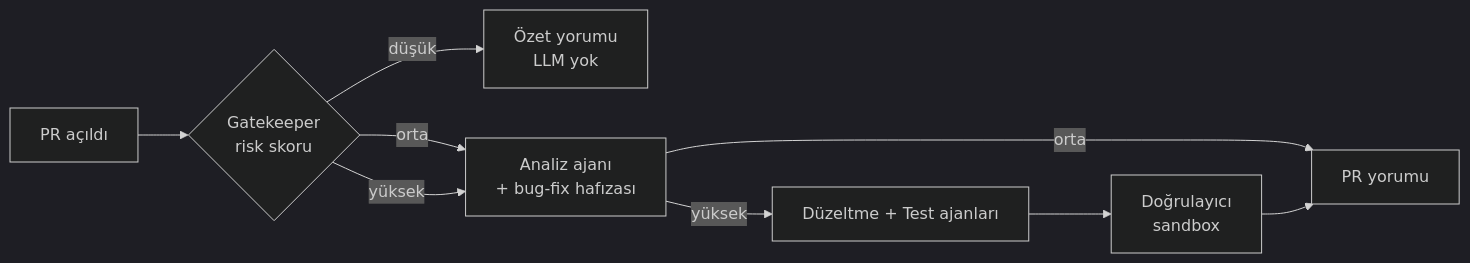
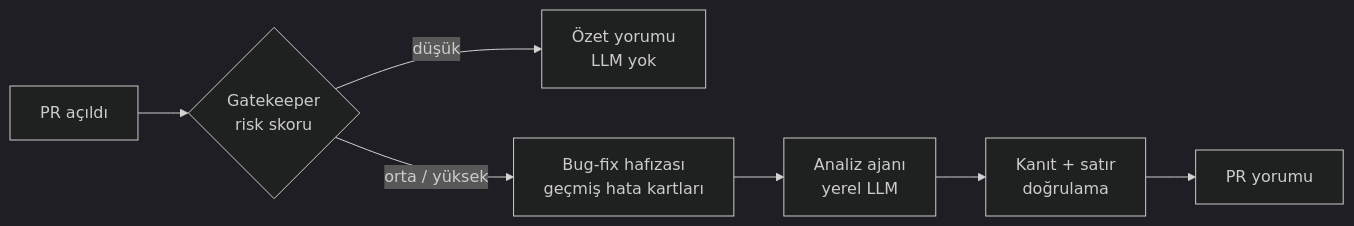
The diagram in README.md (mhmtemnbgr1/Aegis), drawn with Mermaid (dark theme) before and after one commit. The commit also changed other lines of this file and 3 other files, not shown here.

````diff
--- a/README.md
+++ b/README.md
@@ -24,11 +24,9 @@
 ```mermaid
 flowchart LR
     PR[PR açıldı] --> GK{Gatekeeper<br/>risk skoru}
     GK -- düşük --> S[Özet yorumu<br/>LLM yok]
-    GK -- orta --> AN[Analiz ajanı<br/>+ bug-fix hafızası]
-    GK -- yüksek --> AN
-    AN -- orta --> PUB[PR yorumu]
-    AN -- yüksek --> FX[Düzeltme + Test ajanları]
-    FX --> V[Doğrulayıcı<br/>sandbox]
-    V --> PUB
+    GK -- orta / yüksek --> MEM[Bug-fix hafızası<br/>geçmiş hata kartları]
+    MEM --> AN[Analiz ajanı<br/>yerel LLM]
+    AN --> F[Kanıt + satır<br/>doğrulama]
+    F --> PUB[PR yorumu]
 ```
````
